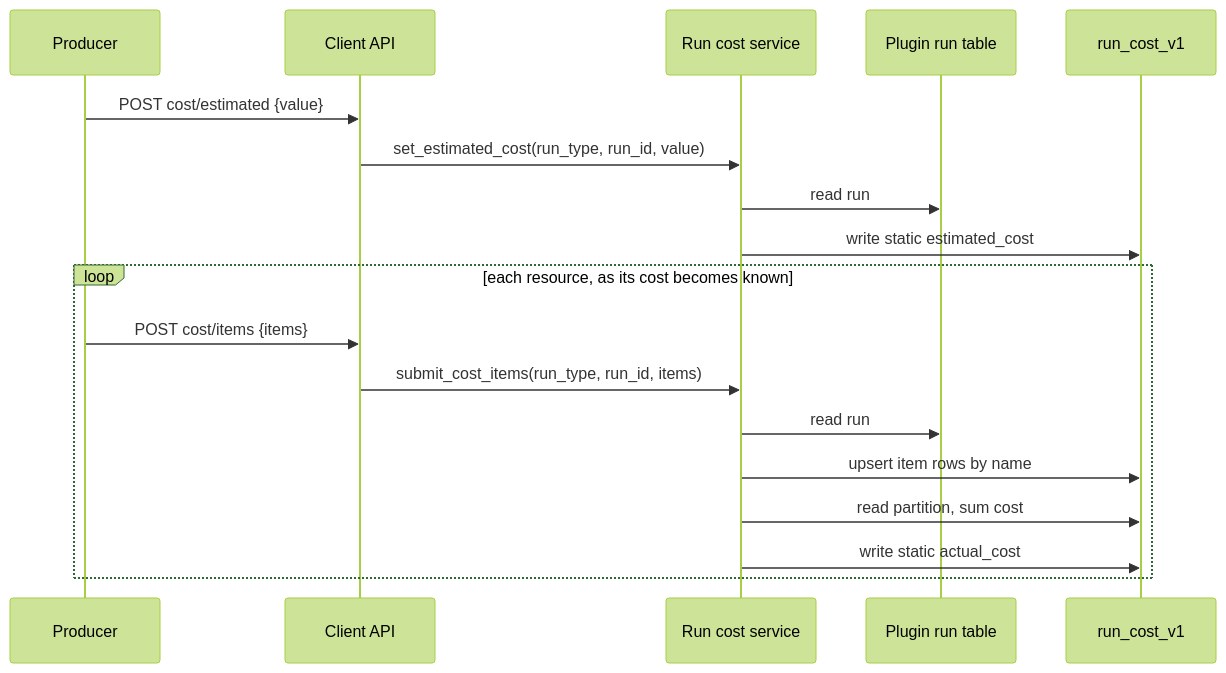
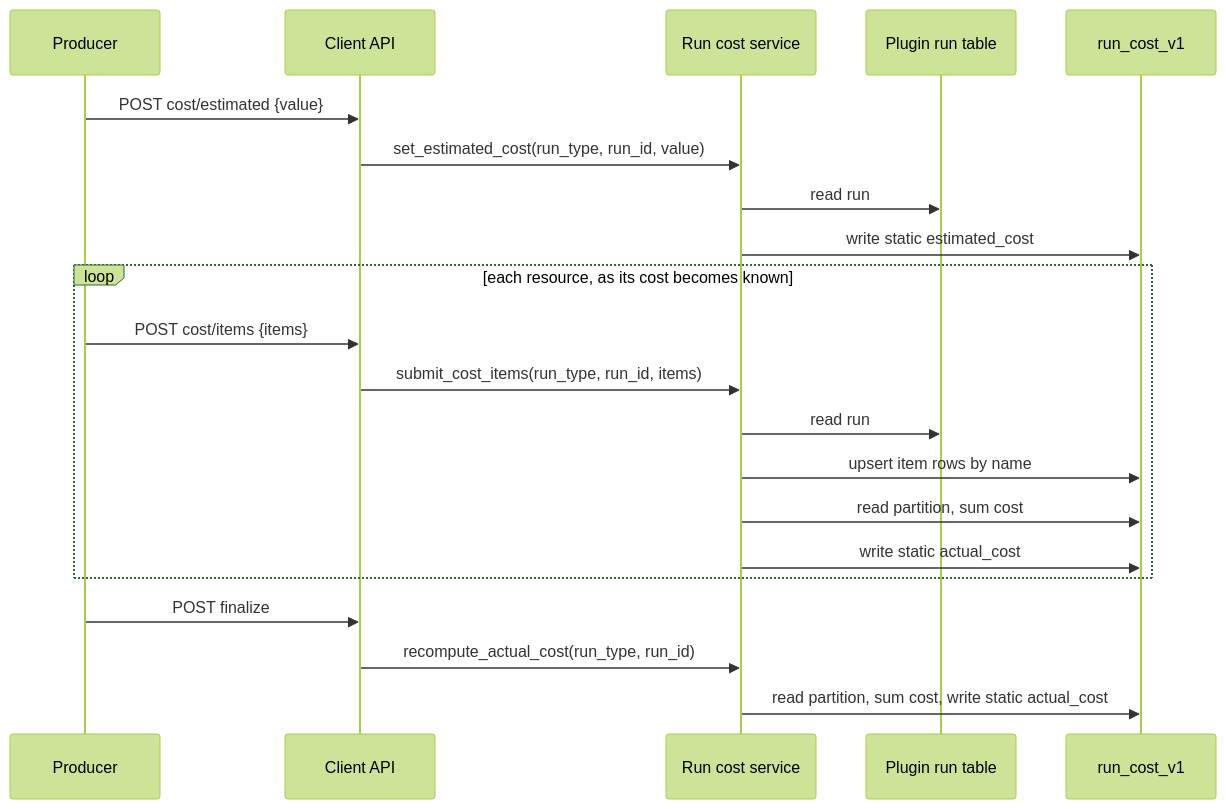
The diagram in tasks/ARGUS-205/spec.md (scylladb/argus), drawn with Mermaid (forest theme) before and after one commit. The commit also changed other lines of this file, not shown here.

````diff
--- a/tasks/ARGUS-205/spec.md
+++ b/tasks/ARGUS-205/spec.md
@@ -59,20 +74,23 @@
 ```mermaid
 sequenceDiagram
     participant P as Producer
     participant A as Client API
     participant S as Run cost service
     participant R as Plugin run table
     participant C as run_cost_v1
     P->>A: POST cost/estimated {value}
     A->>S: set_estimated_cost(run_type, run_id, value)
     S->>R: read run
     S->>C: write static estimated_cost
     loop each resource, as its cost becomes known
         P->>A: POST cost/items {items}
         A->>S: submit_cost_items(run_type, run_id, items)
         S->>R: read run
         S->>C: upsert item rows by name
         S->>C: read partition, sum cost
         S->>C: write static actual_cost
     end
+    P->>A: POST finalize
+    A->>S: recompute_actual_cost(run_type, run_id)
+    S->>C: read partition, sum cost, write static actual_cost
 ```
````
